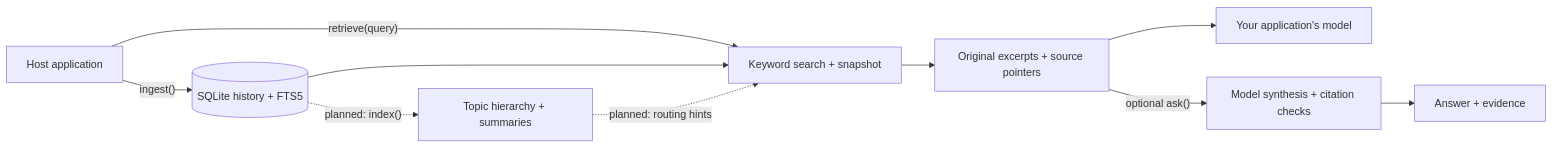
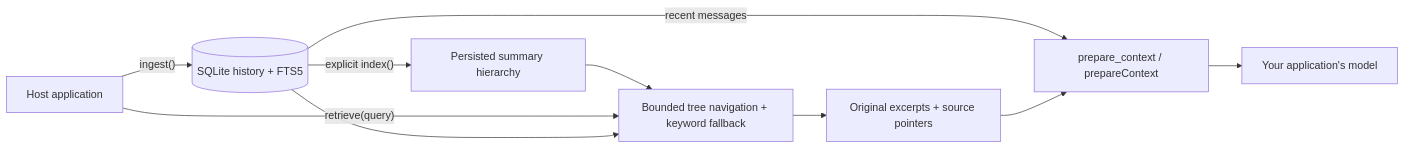
The diagram in README.md (Ajitkumar-1001/Chat-context-index), drawn with Mermaid before and after one commit. The commit also changed other lines of this file and 87 other files, not shown here.

````diff
--- a/README.md
+++ b/README.md
@@ -76,12 +114,12 @@
 ```mermaid
 flowchart LR
     app["Host application"] -->|"ingest()"| history[("SQLite history + FTS5")]
-    app -->|"retrieve(query)"| retrieval["Keyword search + snapshot"]
+    history -->|"explicit index()"| tree["Persisted summary hierarchy"]
+    tree --> retrieval["Bounded tree navigation + keyword fallback"]
+    app -->|"retrieve(query)"| retrieval
     history --> retrieval
     retrieval --> evidence["Original excerpts + source pointers"]
-    evidence --> model["Your application's model"]
-    evidence -->|"optional ask()"| synthesis["Model synthesis + citation checks"]
-    synthesis --> answer["Answer + evidence"]
-    history -.->|"planned: index()"| tree["Topic hierarchy + summaries"]
-    tree -.->|"planned: routing hints"| retrieval
+    history -->|"recent messages"| context["prepare_context / prepareContext"]
+    evidence --> context
+    context --> model["Your application's model"]
 ```
````
